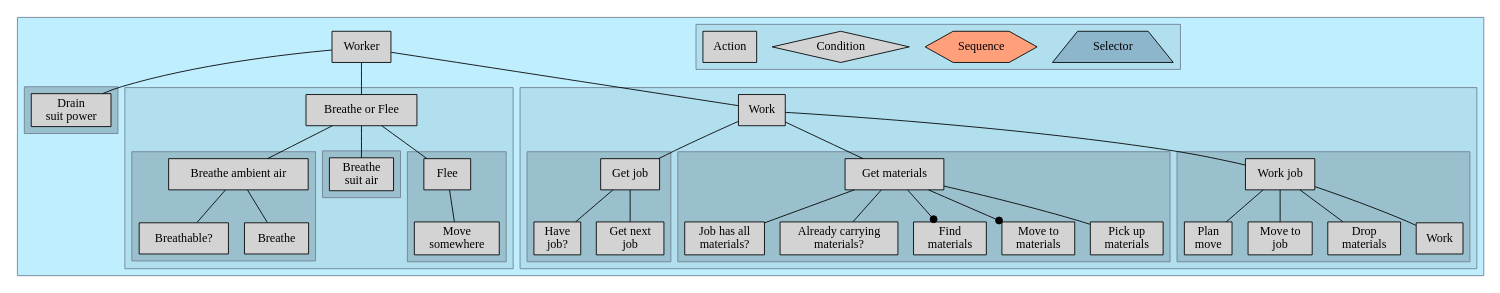
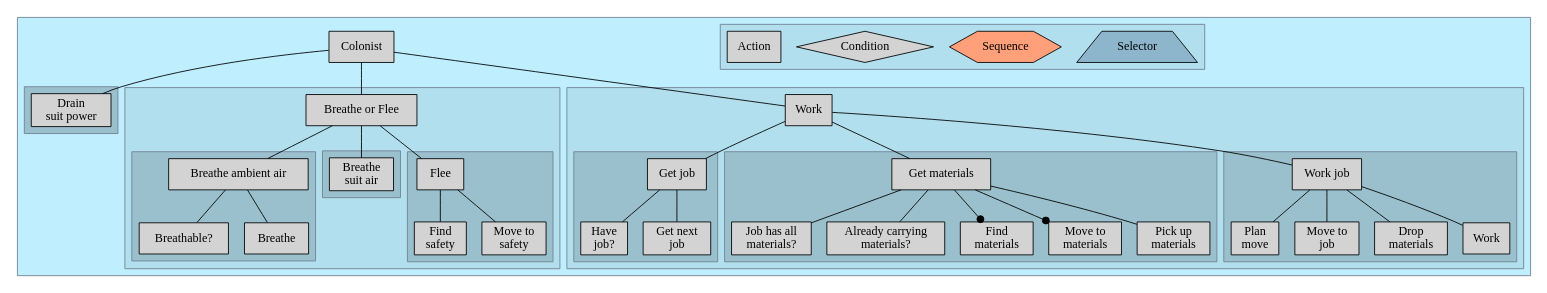
The diagram in Tools/graphs/graph.dot (Cylindric/Sim), drawn with Graphviz before and after one commit. The commit also changed 3 other files, not shown here.

```diff
--- a/Tools/graphs/graph.dot
+++ b/Tools/graphs/graph.dot
@@ -1,129 +1,135 @@
 digraph G {
 	node [shape=rectangle,fillcolor=lightgrey,color=black,style=filled];
 	edge [arrowhead=none;color=black];
 	ordering=out;
 	compound=true;
 
 	subgraph cluster_behaviour_tree {
 		style=filled;
 		fillcolor=lightblue1;
 		color=slategrey;
 
 		subgraph worker {	
-			worker [label="Worker"/*sequence*/];
+			worker [label="Colonist"/*sequence*/];
+
+			worker -> drain_suit;
+			worker -> breathe_or_flee;
+			worker -> work;
 
 			subgraph cluster_drain_suit {
 				style=filled;fillcolor=lightblue3;
 				drain_suit [label="Drain\nsuit power"];
 			}
 
 			subgraph cluster_breathe_or_flee {
 				style=filled;fillcolor=lightblue2;
 				breathe_or_flee [label="Breathe or Flee"/*selector*/];
+
+				breathe_or_flee -> breathe;
+				breathe_or_flee -> breathe_suit;
+				breathe_or_flee -> flee;
 			
 				subgraph cluster_breathe_ambient {
 					style=filled;fillcolor=lightblue3;
 					breathe [label="Breathe ambient air"/*sequence*/];
-
-					breathable [label="Breathable?"/*condition*/];
+					breathable [label="Breathable?"/*condition*/];					
 					do_breathing [label="Breathe"];
+					
+					breathe -> breathable;
+					breathe -> do_breathing;
 				}
-
+								
 				subgraph cluster_breathe_suit {
 					style=filled;fillcolor=lightblue3;
 					breathe_suit [label="Breathe\nsuit air"];
 				}
+				
+
 				subgraph cluster_flee {
 					style=filled;fillcolor=lightblue3;
 					flee [label="Flee"/*sequence*/];
-					move_to_somewhere_else [label="Move\nsomewhere"];
+					find_safety [label="Find\nsafety"];
+					move_to_somewhere_else [label="Move to\nsafety"];
+					
+					flee -> find_safety;
+					flee -> move_to_somewhere_else;
 				}
 			}
 
 			subgraph cluster_work {
 				style=filled;fillcolor=lightblue2;
 				work [label="Work"/*sequence*/];
 				
+				work -> get_job;
+				work -> get_materials;
+				work -> work_job;
+
 				subgraph cluster_get_job {
 					style=filled;fillcolor=lightblue3;
 					get_job [label="Get job"/*selector*/];
 					have_a_job [label="Have\njob?"/*condition*/];
 					get_next_job [label="Get next\njob"];
+
+					get_job -> have_a_job;
+					get_job -> get_next_job;
 				}
 
 				subgraph cluster_get_materials {
 					style=filled;fillcolor=lightblue3;
 					get_materials [label="Get materials"/*selector*/];
 					job_has_materials [label="Job has all\nmaterials?"/*condition*/];
 					am_carrying_materials [label="Already carrying\nmaterials?"/*condition*/];
 					find_materials [label="Find\nmaterials"];
 					move_to_materials [label="Move to\nmaterials"];
 					pickup_materials [label="Pick up\nmaterials"];
+
+					get_materials -> job_has_materials;
+					get_materials -> am_carrying_materials;
+					get_materials -> find_materials [arrowhead=dot];
+					get_materials -> move_to_materials [arrowhead=dot];
+					get_materials -> pickup_materials;
 				}
 
 				subgraph cluster_work_job {
 					style=filled;fillcolor=lightblue3;
 					work_job [label="Work job"/*sequence*/];
-					
 					setup_move_to_job [label="Plan\nmove"];
 					move_to_job [label="Move to\njob"];
 					drop_stock [label="Drop\nmaterials"];
 					do_work [label="Work"];
+
+					work_job -> setup_move_to_job;
+					work_job -> move_to_job;
+					work_job -> drop_stock;
+					work_job -> do_work;
 				}
 			}
 		}
 
-		worker -> drain_suit;
-		
-		worker -> breathe_or_flee;
-			breathe_or_flee -> breathe;
-				breathe -> breathable;
-				breathe -> do_breathing;
-			breathe_or_flee -> breathe_suit;
-			breathe_or_flee -> flee;
-				flee -> move_to_somewhere_else;
-
-				worker -> work;
-			work -> get_job;
-				get_job -> have_a_job;
-				get_job -> get_next_job;
-
-				work -> get_materials;
-				get_materials -> job_has_materials;
-				get_materials -> am_carrying_materials;
-				get_materials -> find_materials [arrowhead=dot];
-				get_materials -> move_to_materials [arrowhead=dot];
-				get_materials -> pickup_materials;
-
-				work -> work_job;
-				work_job -> setup_move_to_job;
-				work_job -> move_to_job;
-				work_job -> drop_stock;
-				work_job -> do_work;
 
 
 
 		subgraph cluster_key {
 			style=filled;fillcolor=lightblue2;
 
 			subgraph selectors {
 				node [shape=trapezium,style="filled",fillcolor=lightskyblue3];
 				key_selector [label="Selector"];
 			}
 
 			subgraph sequences {
 				node [shape=hexagon,fillcolor=lightsalmon1,style=filled];
 				key_sequence [label="Sequence"];
 			}
 
 			subgraph conditions {
 				node [shape=diamond];
 				key_condiion [label="Condition"];
 			}
 
 			subgraph actions {
 				key_action [label="Action"];
 			}
 		}
 	}
 }
```
